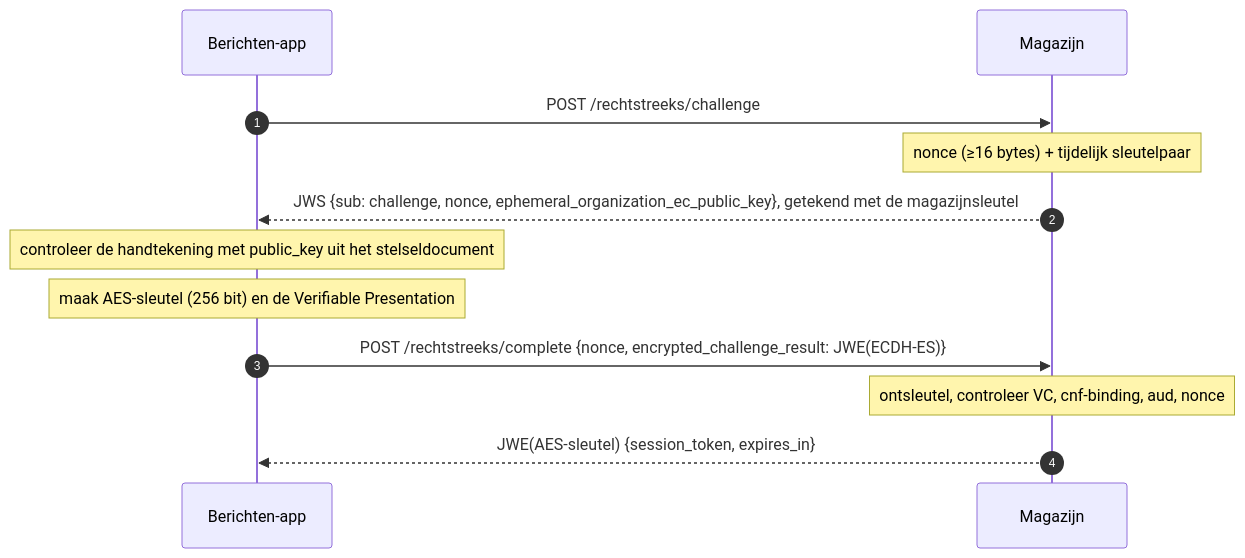
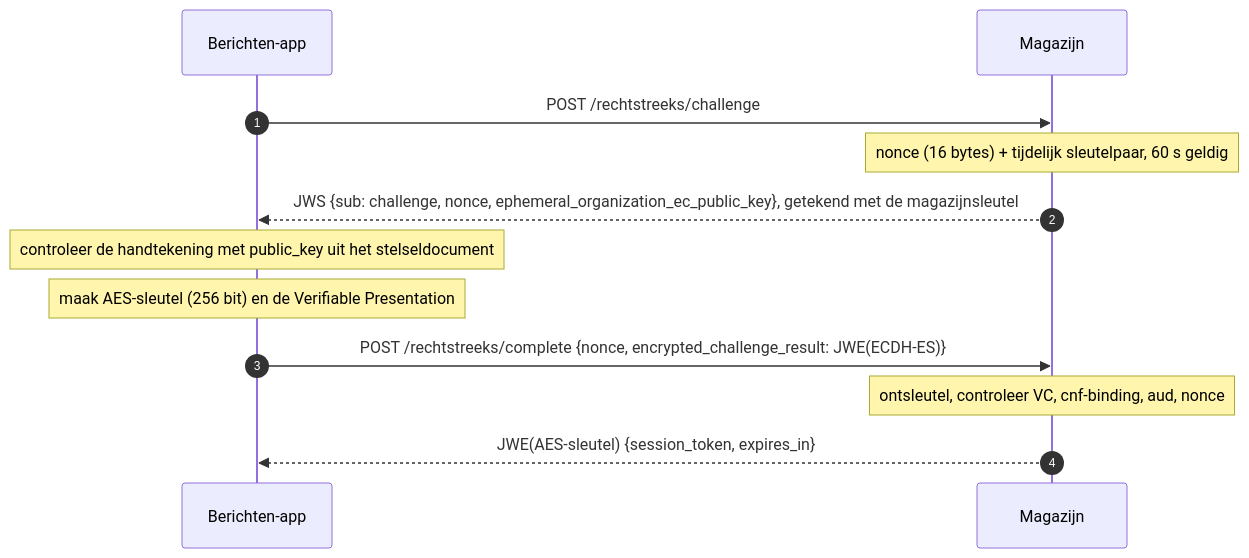
Before and after one commit to MinBZK/moza-poc-fbs-berichtenbox: the second of 3 diagrams in docs/plans/2026-10-27-rechtstreeks-ophalen-design.md, drawn with Mermaid. The commit also changed other lines of this file and 3 other files, not shown here.

````diff
--- a/docs/plans/2026-10-27-rechtstreeks-ophalen-design.md
+++ b/docs/plans/2026-10-27-rechtstreeks-ophalen-design.md
@@ -97,14 +109,14 @@
 ```mermaid
 sequenceDiagram
     autonumber
     participant App as Berichten-app
     participant M as Magazijn
     App->>M: POST /rechtstreeks/challenge
-    Note over M: nonce (≥16 bytes) + tijdelijk sleutelpaar
+    Note over M: nonce (16 bytes) + tijdelijk sleutelpaar, 60 s geldig
     M-->>App: JWS {sub: challenge, nonce, ephemeral_organization_ec_public_key}, getekend met de magazijnsleutel
     Note over App: controleer de handtekening met public_key uit het stelseldocument
     Note over App: maak AES-sleutel (256 bit) en de Verifiable Presentation
     App->>M: POST /rechtstreeks/complete {nonce, encrypted_challenge_result: JWE(ECDH-ES)}
     Note over M: ontsleutel, controleer VC, cnf-binding, aud, nonce
     M-->>App: JWE(AES-sleutel) {session_token, expires_in}
 ```
````
